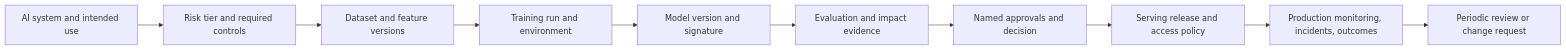
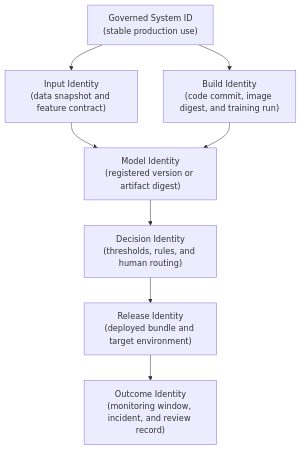
One commit to senlinyy/dev-roadmaps changed the sixth of 13 diagrams in roadmaps/mlops/modules/governance-and-responsible-ai/governance/01-model-governance-explained.md. Above: the diagram before and after it, drawn with Mermaid. The commit also changed other lines of this file and 152 other files, not shown here.

Commit message:
feat: mlops and diagrams updated

````diff
--- a/roadmaps/mlops/modules/governance-and-responsible-ai/governance/01-model-governance-explained.md
+++ b/roadmaps/mlops/modules/governance-and-responsible-ai/governance/01-model-governance-explained.md
@@ -147,12 +173,6 @@
 ```mermaid
-flowchart LR
-    I["AI system and intended use"] --> K["Risk tier and required controls"]
-    K --> D["Dataset and feature versions"]
-    D --> T["Training run and environment"]
-    T --> V["Model version and signature"]
-    V --> E["Evaluation and impact evidence"]
-    E --> A["Named approvals and decision"]
-    A --> R["Serving release and access policy"]
-    R --> P["Production monitoring, incidents, outcomes"]
-    P --> Q["Periodic review or change request"]
+flowchart TD
+    A["Governed System ID<br/>(stable production use)"] --> B["Input Identity<br/>(data snapshot and feature contract)"] & C["Build Identity<br/>(code commit, image digest, and training run)"]
+    B & C --> D["Model Identity<br/>(registered version or artifact digest)"] --> E["Decision Identity<br/>(thresholds, rules, and human routing)"]
+    E --> F["Release Identity<br/>(deployed bundle and target environment)"] --> G["Outcome Identity<br/>(monitoring window, incident, and review record)"]
 ```
````
